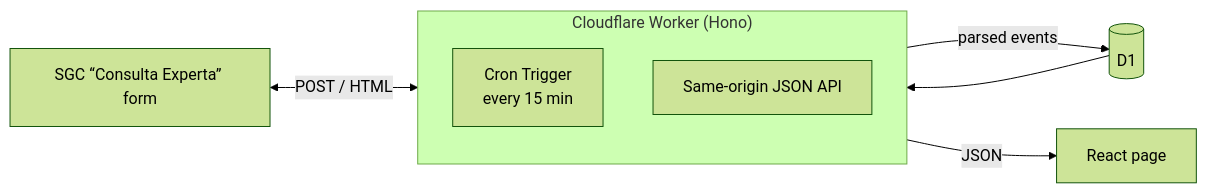
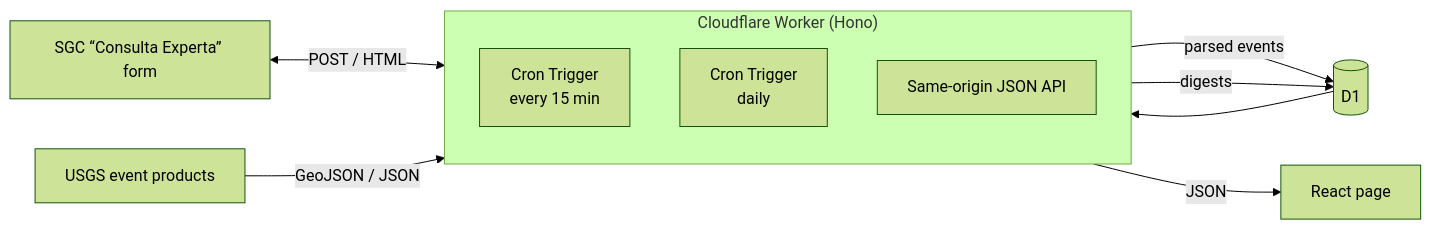
Before and after one commit to m0t0r/bvalue-tracker: the diagram in README.md, drawn with Mermaid (forest theme). The commit also changed other lines of this file and 32 other files, not shown here.

````diff
--- a/README.md
+++ b/README.md
@@ -46,16 +46,20 @@
 ```mermaid
 flowchart LR
   sgc["SGC “Consulta Experta” form"]
+  usgs["USGS event products"]
   d1[("D1")]
   page["React page"]
   subgraph worker["Cloudflare Worker (Hono)"]
     direction TB
     cron["Cron Trigger<br/>every 15 min"]
+    daily["Cron Trigger<br/>daily"]
     api["Same-origin JSON API"]
   end
 
   sgc <-- "POST / HTML" --> cron
   cron -- "parsed events" --> d1
+  usgs -- "GeoJSON / JSON" --> daily
+  daily -- "digests" --> d1
   d1 --> api
   api -- JSON --> page
 ```
````
